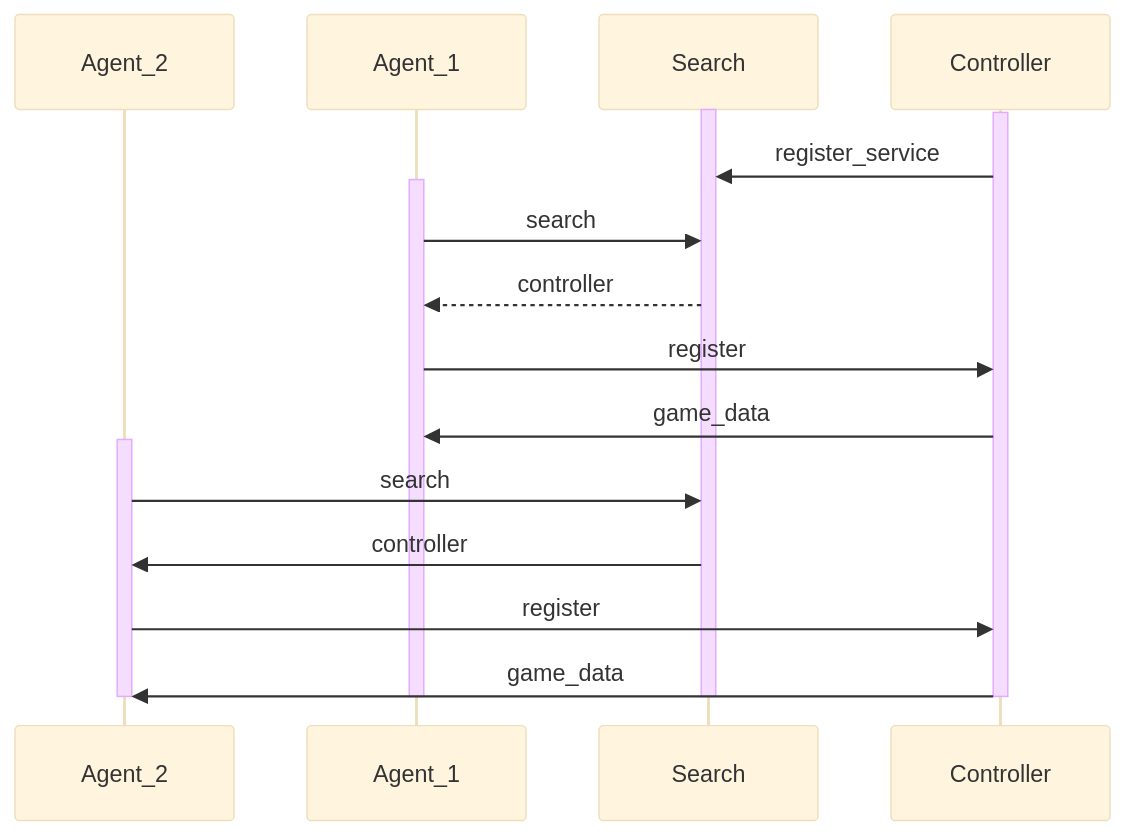
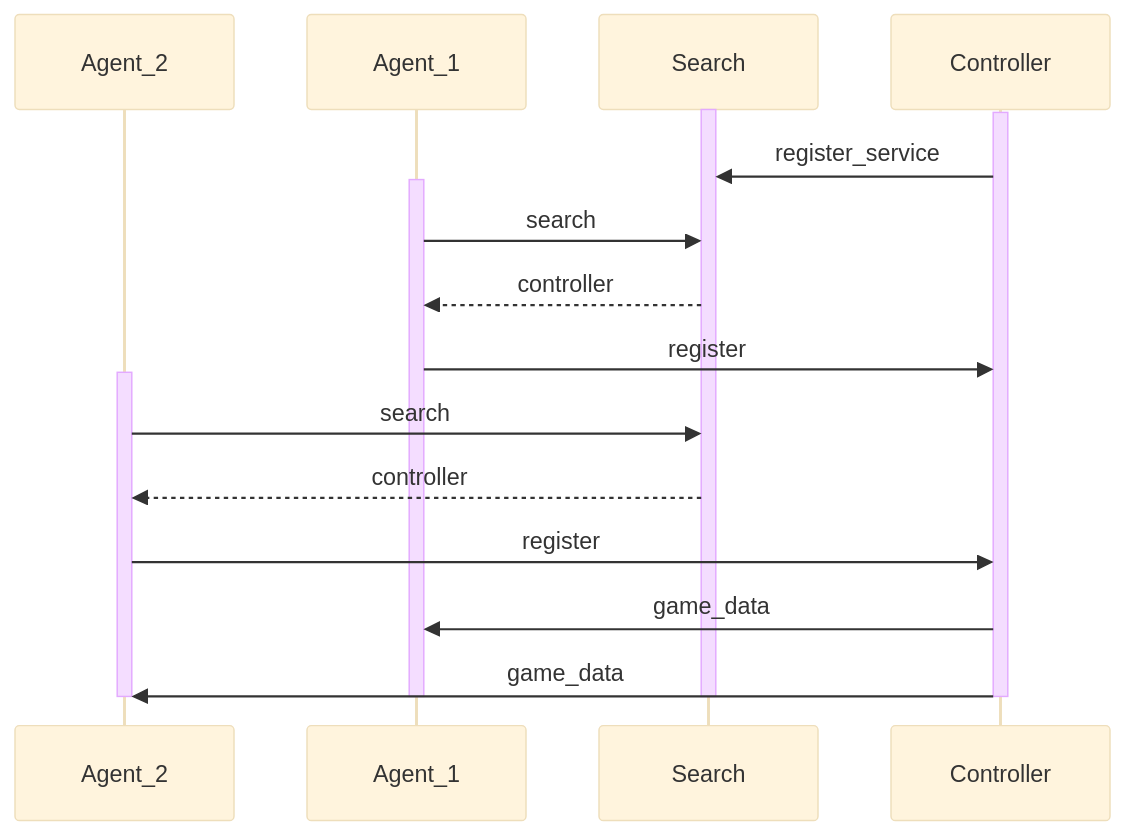
One commit to legendarydeveloper919/agents-aea changed the first of 2 diagrams in docs/tac-skills.md. Above: the diagram before and after it, drawn with Mermaid (base theme). The commit also changed 3 other files, not shown here.

```diff
--- a/docs/tac-skills.md
+++ b/docs/tac-skills.md
@@ -78,27 +78,27 @@
 <div class="mermaid">
     sequenceDiagram
         participant Agent_2
         participant Agent_1
         participant Search
         participant Controller
     
         activate Search
         activate Controller
         
         Controller->>Search: register_service
         activate Agent_1
         Agent_1->>Search: search
         Search-->>Agent_1: controller
         Agent_1->>Controller: register
-        Controller->>Agent_1: game_data
         activate Agent_2
         Agent_2->>Search: search
-        Search->>Agent_2: controller
+        Search-->>Agent_2: controller
         Agent_2->>Controller: register
+        Controller->>Agent_1: game_data
         Controller->>Agent_2: game_data
         
         deactivate Agent_1
         deactivate Agent_2
         deactivate Search
         deactivate Controller
 </div>
```
